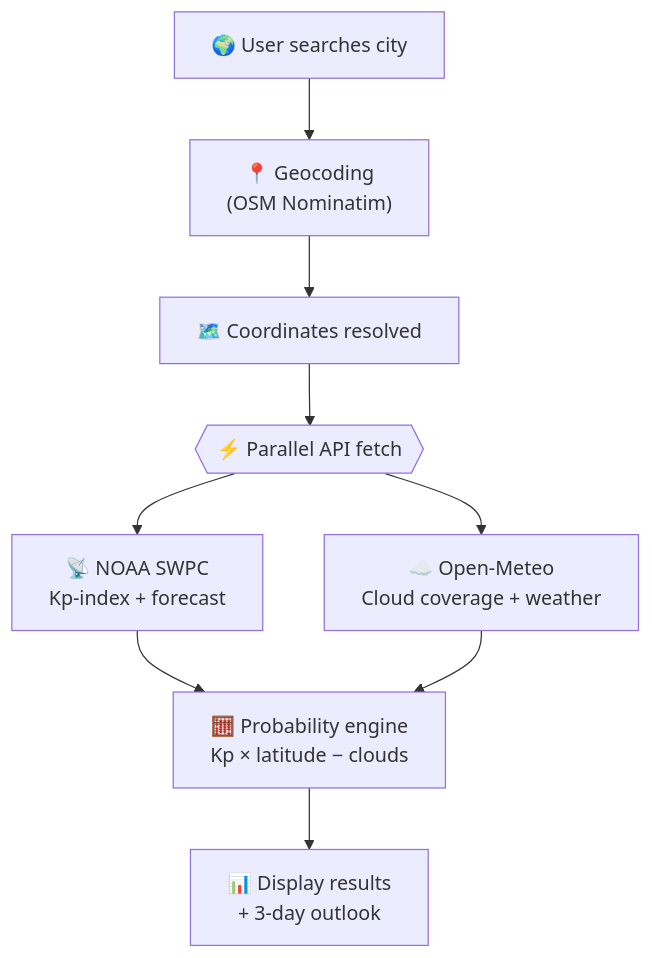
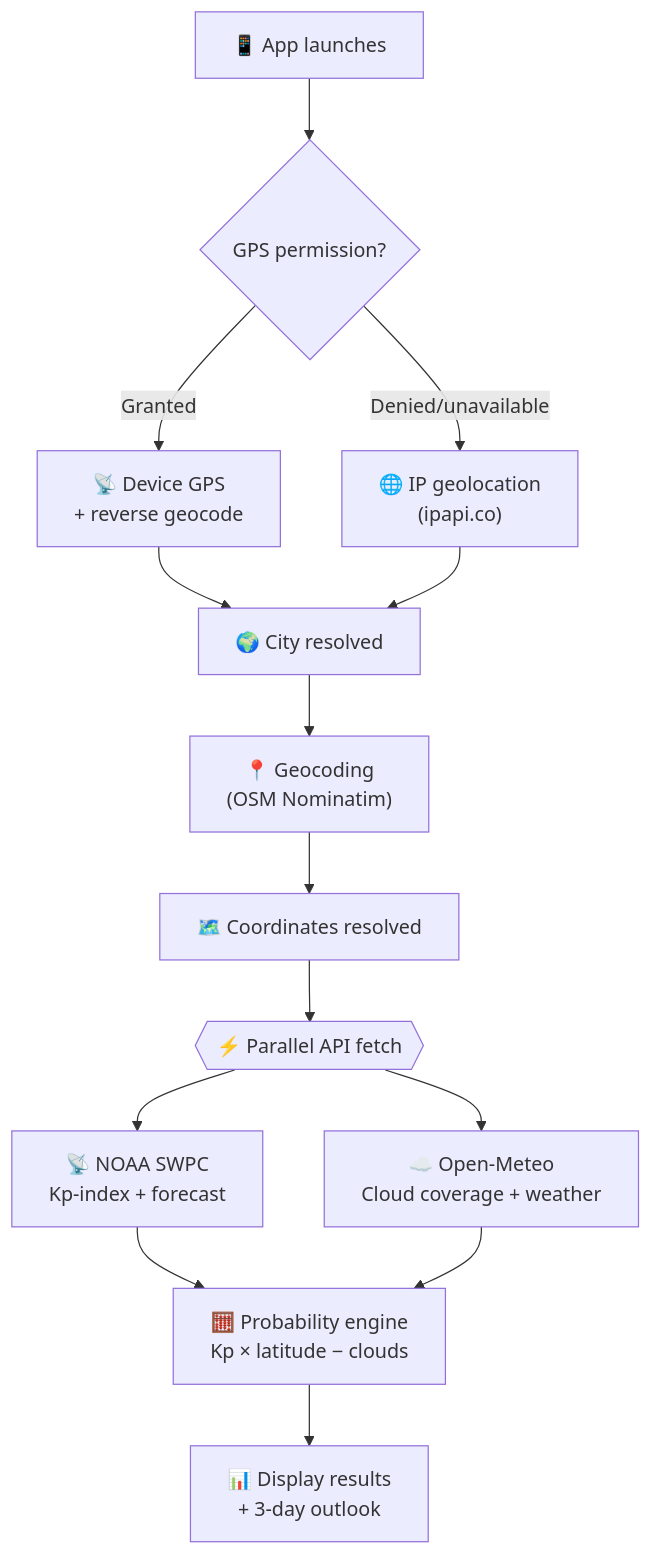
The second of 2 diagrams in README.md (Sigge1511/AuroraForecast-MS), drawn with Mermaid before and after one commit. The commit also changed other lines of this file, not shown here.

Commit message:
docs: update README with auto-location, ipapi.co, and 2026 copyright

````diff
--- a/README.md
+++ b/README.md
@@ -131,11 +132,16 @@
 ```mermaid
 flowchart TD
-    A["🌍 User searches city"] --> B["📍 Geocoding\n(OSM Nominatim)"]
+    Z["📱 App launches"] --> Z1{"GPS permission?"}
+    Z1 -->|Granted| Z2["📡 Device GPS\n+ reverse geocode"]
+    Z1 -->|Denied/unavailable| Z3["🌐 IP geolocation\n(ipapi.co)"]
+    Z2 --> A
+    Z3 --> A
+    A["🌍 City resolved"] --> B["📍 Geocoding\n(OSM Nominatim)"]
     B --> C["🗺️ Coordinates resolved"]
     C --> D{{"⚡ Parallel API fetch"}}
     D --> E["📡 NOAA SWPC\nKp-index + forecast"]
     D --> F["☁️ Open-Meteo\nCloud coverage + weather"]
     E --> G["🧮 Probability engine\nKp × latitude − clouds"]
     F --> G
     G --> H["📊 Display results\n+ 3-day outlook"]
 ```
````
